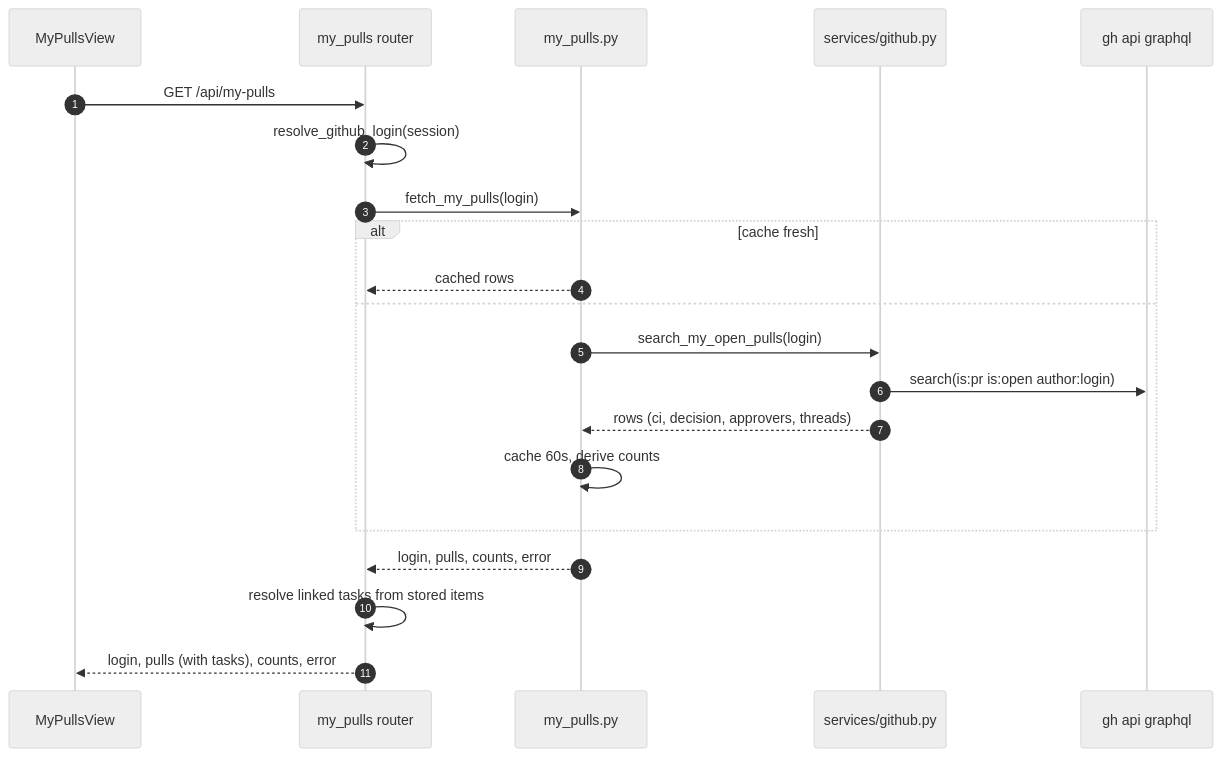
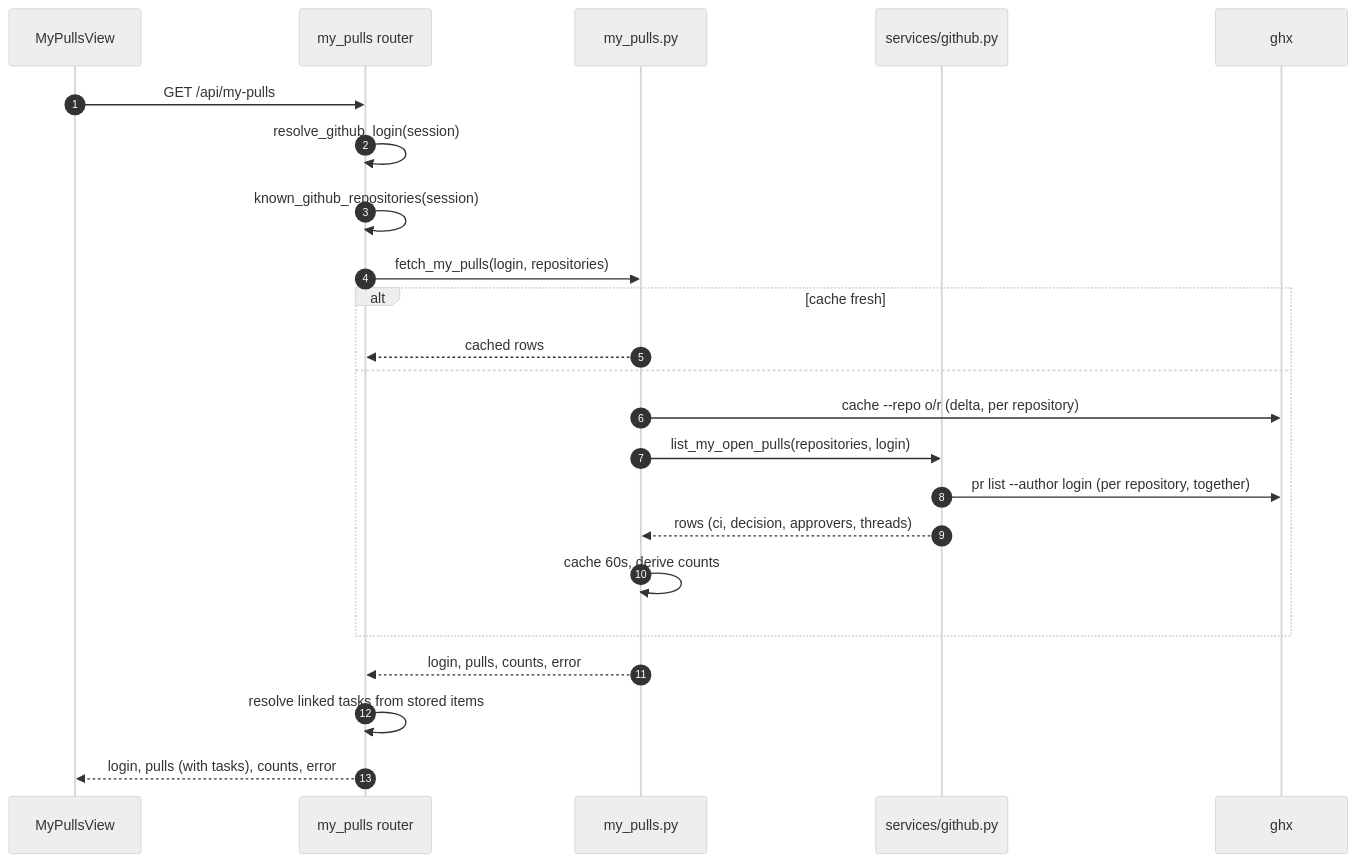
One commit to TomzxCode/agentic changed the second of 4 diagrams in .sdlc/features/p24-github-integration/specification.md. Above: the diagram before and after it, drawn with Mermaid (neutral theme). The commit also changed other lines of this file and 22 other files, not shown here.

First line of the commit message:
feat(my-pulls): read pull requests from ghx per repository

````diff
--- a/.sdlc/features/p24-github-integration/specification.md
+++ b/.sdlc/features/p24-github-integration/specification.md
@@ -97,23 +97,25 @@
 ```mermaid
 sequenceDiagram
     autonumber
     participant V as MyPullsView
     participant R as my_pulls router
     participant M as my_pulls.py
     participant S as services/github.py
-    participant GH as gh api graphql
+    participant GH as ghx
     V->>R: GET /api/my-pulls
     R->>R: resolve_github_login(session)
-    R->>M: fetch_my_pulls(login)
+    R->>R: known_github_repositories(session)
+    R->>M: fetch_my_pulls(login, repositories)
     alt cache fresh
         M-->>R: cached rows
     else
-        M->>S: search_my_open_pulls(login)
-        S->>GH: search(is:pr is:open author:login)
+        M->>GH: cache --repo o/r (delta, per repository)
+        M->>S: list_my_open_pulls(repositories, login)
+        S->>GH: pr list --author login (per repository, together)
         S-->>M: rows (ci, decision, approvers, threads)
         M->>M: cache 60s, derive counts
     end
     M-->>R: login, pulls, counts, error
     R->>R: resolve linked tasks from stored items
     R-->>V: login, pulls (with tasks), counts, error
 ```
````
